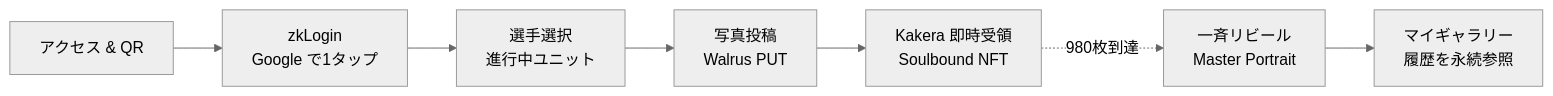
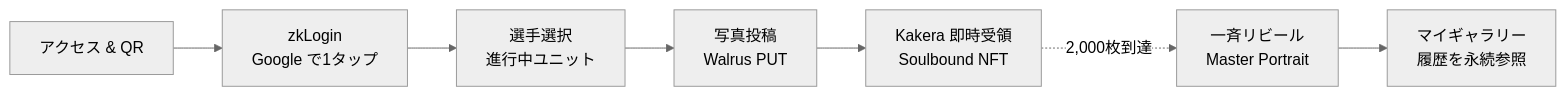
Before and after one commit to UnagiLabs/one_portrait: the diagram in README.md, drawn with Mermaid (neutral theme). The commit also changed other lines of this file and 19 other files, not shown here.

````diff
--- a/README.md
+++ b/README.md
@@ -57,9 +57,9 @@
 ```mermaid
 flowchart LR
     A[アクセス & QR] --> B[zkLogin<br/>Google で1タップ]
     B --> C[選手選択<br/>進行中ユニット]
     C --> D[写真投稿<br/>Walrus PUT]
     D --> E[Kakera 即時受領<br/>Soulbound NFT]
-    E -. 980枚到達 .-> F[一斉リビール<br/>Master Portrait]
+    E -. 2,000枚到達 .-> F[一斉リビール<br/>Master Portrait]
     F --> G[マイギャラリー<br/>履歴を永続参照]
 ```
````
